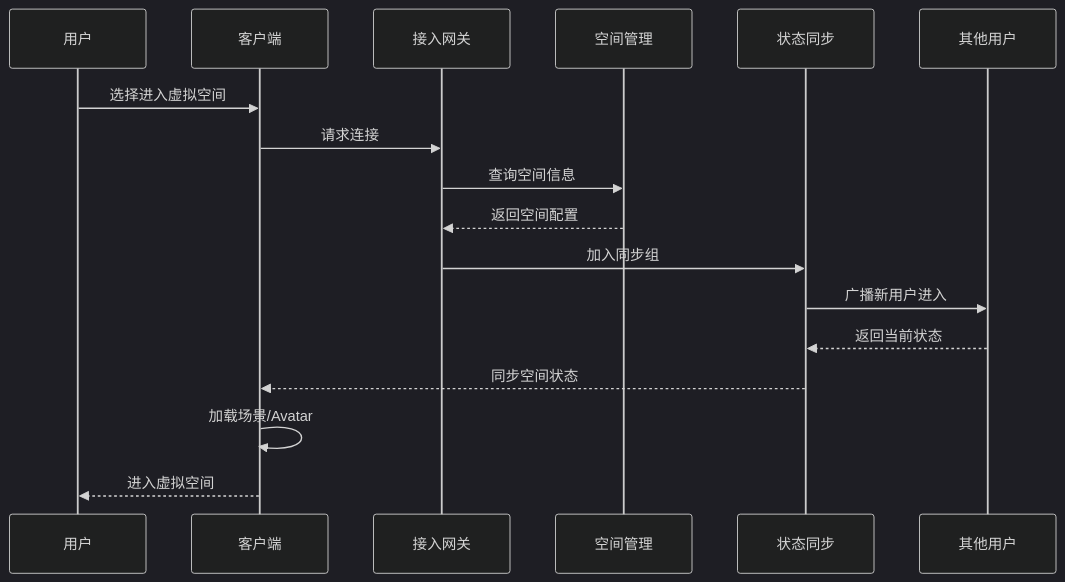
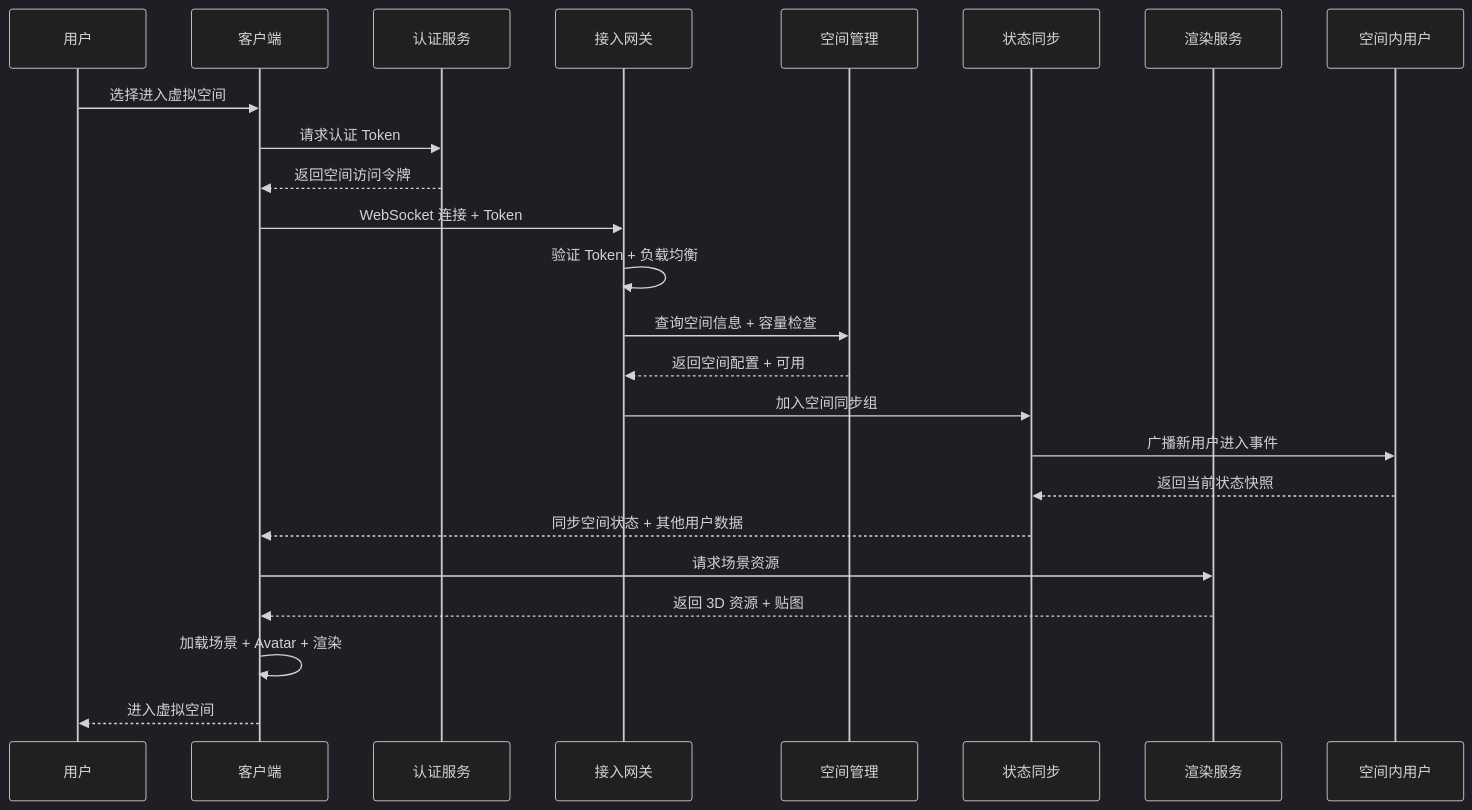
Before and after one commit to kudig-io/kudig-database: the first of 8 diagrams in topic-application-architecture/54-social-gaming-metaverse.md, drawn with Mermaid (dark theme). The commit also changed other lines of this file and 8633 other files, not shown here.

````diff
--- a/topic-application-architecture/54-social-gaming-metaverse.md
+++ b/topic-application-architecture/54-social-gaming-metaverse.md
@@ -87,20 +116,27 @@
 ```mermaid
 sequenceDiagram
     participant USER as 用户
     participant CLIENT as 客户端
+    participant AUTH as 认证服务
     participant GATE as 接入网关
     participant SPACE as 空间管理
     participant SYNC as 状态同步
-    participant USER2 as 其他用户
+    participant RENDER as 渲染服务
+    participant USER2 as 空间内用户
 
     USER->>CLIENT: 选择进入虚拟空间
-    CLIENT->>GATE: 请求连接
-    GATE->>SPACE: 查询空间信息
-    SPACE-->>GATE: 返回空间配置
-    GATE->>SYNC: 加入同步组
-    SYNC->>USER2: 广播新用户进入
-    USER2-->>SYNC: 返回当前状态
-    SYNC-->>CLIENT: 同步空间状态
-    CLIENT->>CLIENT: 加载场景/Avatar
+    CLIENT->>AUTH: 请求认证 Token
+    AUTH-->>CLIENT: 返回空间访问令牌
+    CLIENT->>GATE: WebSocket 连接 + Token
+    GATE->>GATE: 验证 Token + 负载均衡
+    GATE->>SPACE: 查询空间信息 + 容量检查
+    SPACE-->>GATE: 返回空间配置 + 可用
+    GATE->>SYNC: 加入空间同步组
+    SYNC->>USER2: 广播新用户进入事件
+    USER2-->>SYNC: 返回当前状态快照
+    SYNC-->>CLIENT: 同步空间状态 + 其他用户数据
+    CLIENT->>RENDER: 请求场景资源
+    RENDER-->>CLIENT: 返回 3D 资源 + 贴图
+    CLIENT->>CLIENT: 加载场景 + Avatar + 渲染
     CLIENT-->>USER: 进入虚拟空间
 ```
````
